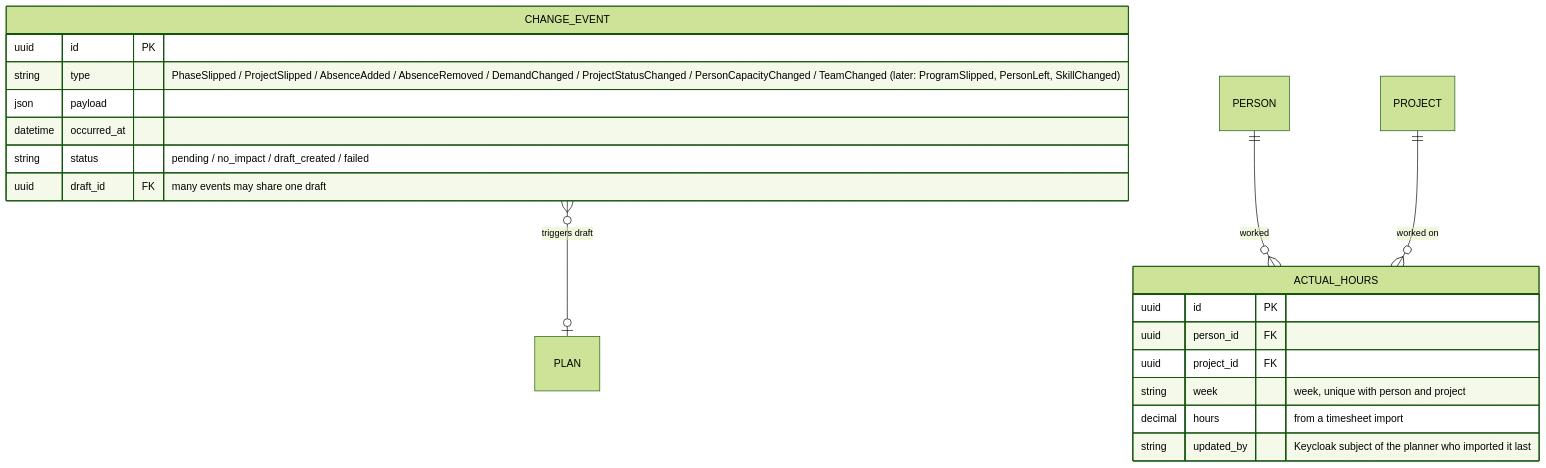
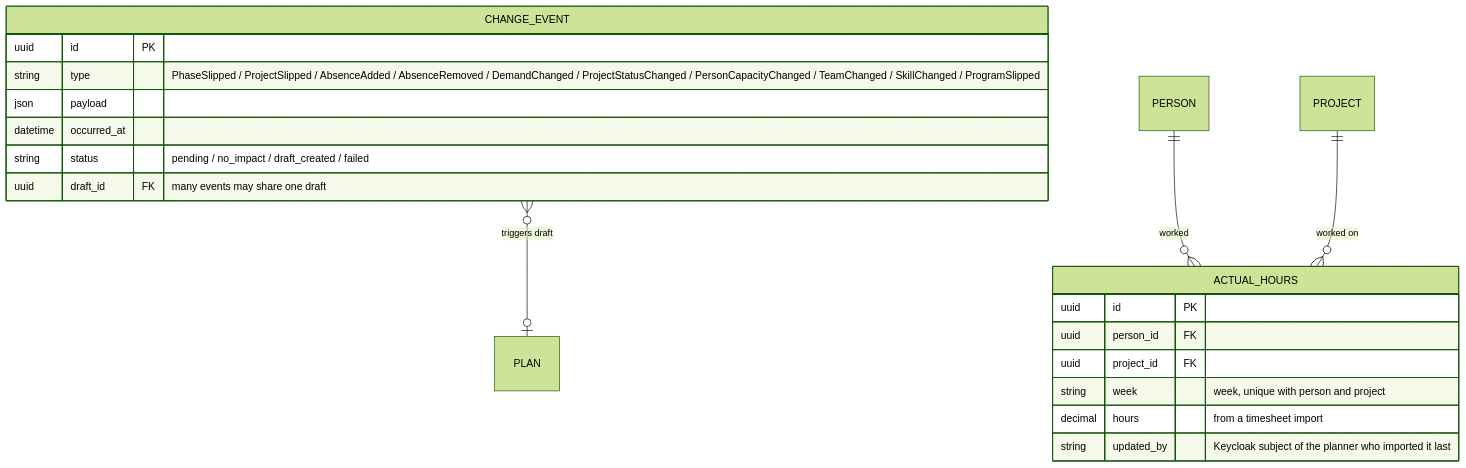
One commit to dophnamm/the-slot-finder changed the eighth of 14 diagrams in README.md. Above: the diagram before and after it, drawn with Mermaid (forest theme). The commit also changed other lines of this file and 7 other files, not shown here.

Commit message:
docs: describe SkillChanged and ProgramSlipped

````diff
--- a/README.md
+++ b/README.md
@@ -405,23 +405,23 @@
 ```mermaid
 erDiagram
   CHANGE_EVENT }o--o| PLAN : "triggers draft"
   PERSON ||--o{ ACTUAL_HOURS : worked
   PROJECT ||--o{ ACTUAL_HOURS : "worked on"
 
   CHANGE_EVENT {
     uuid id PK
-    string type "PhaseSlipped / ProjectSlipped / AbsenceAdded / AbsenceRemoved / DemandChanged / ProjectStatusChanged / PersonCapacityChanged / TeamChanged (later: ProgramSlipped, PersonLeft, SkillChanged)"
+    string type "PhaseSlipped / ProjectSlipped / AbsenceAdded / AbsenceRemoved / DemandChanged / ProjectStatusChanged / PersonCapacityChanged / TeamChanged / SkillChanged / ProgramSlipped"
     json payload
     datetime occurred_at
     string status "pending / no_impact / draft_created / failed"
     uuid draft_id FK "many events may share one draft"
   }
   ACTUAL_HOURS {
     uuid id PK
     uuid person_id FK
     uuid project_id FK
     string week "week, unique with person and project"
     decimal hours "from a timesheet import"
     string updated_by "Keycloak subject of the planner who imported it last"
   }
 ```
````
